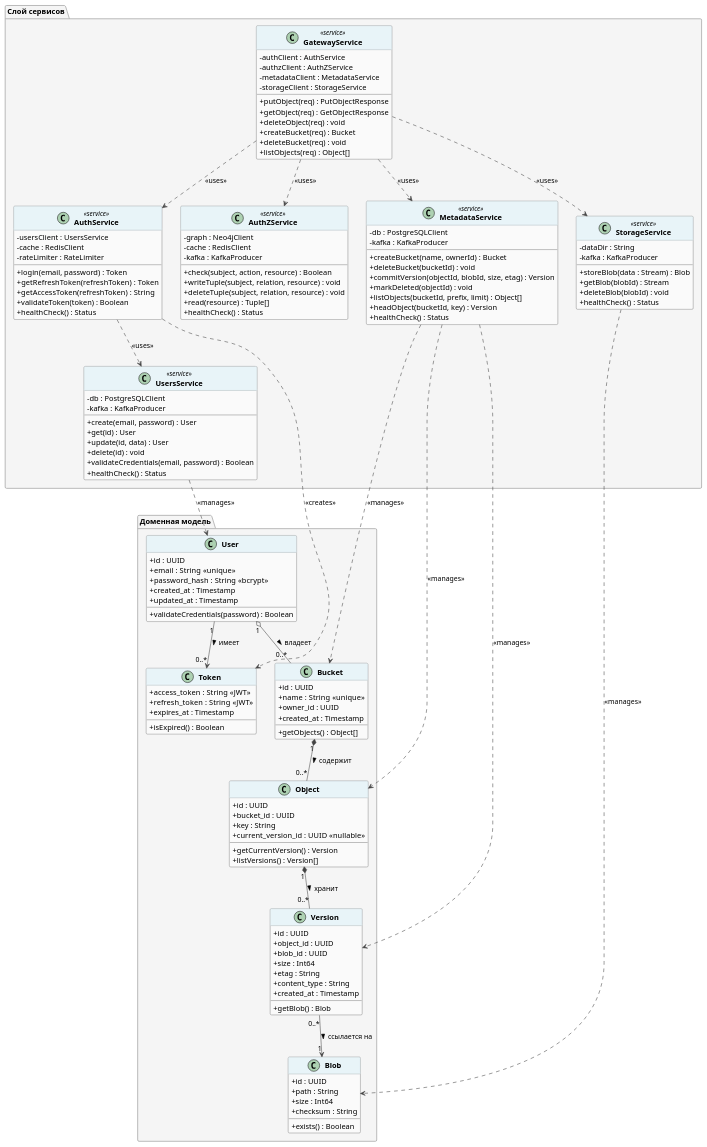
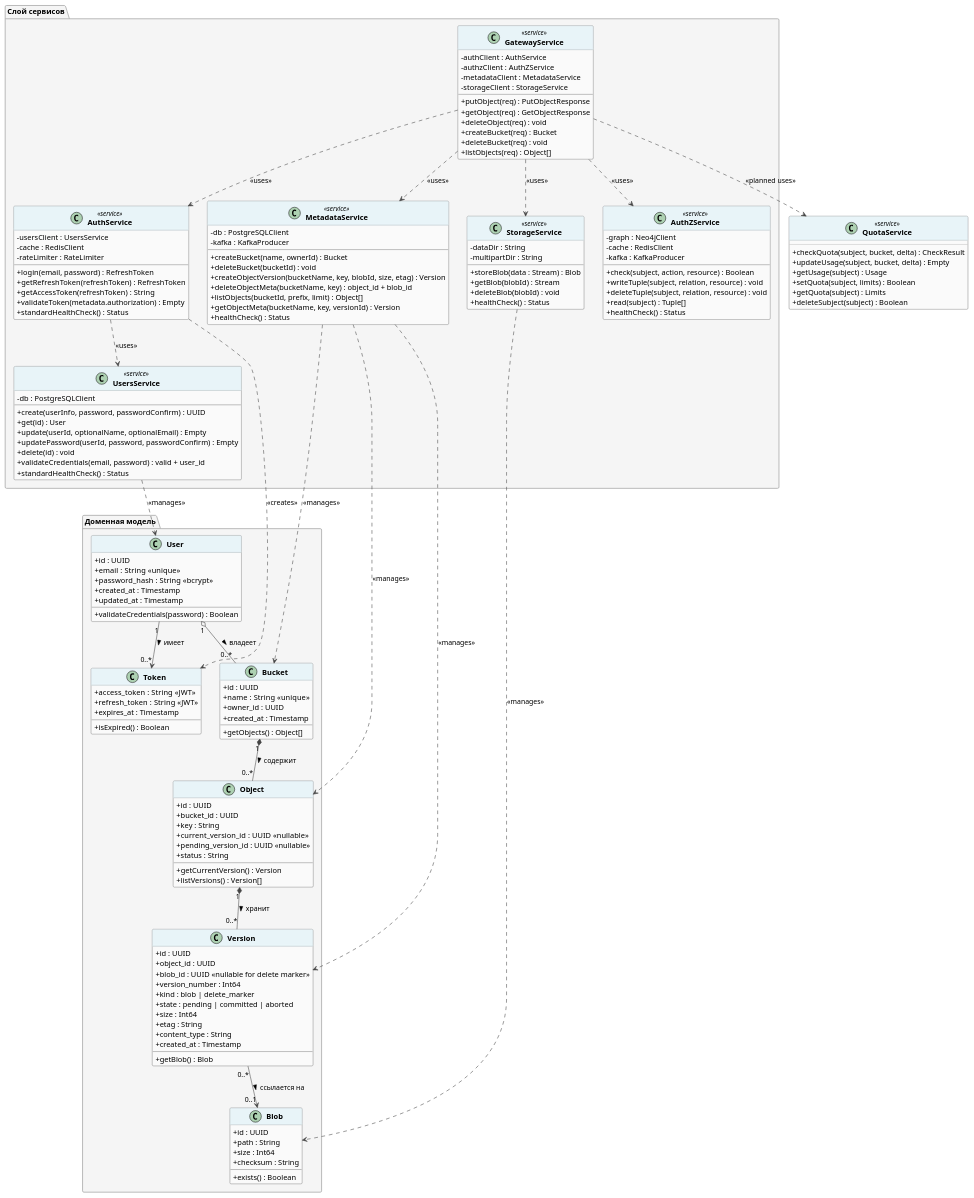
The diagram in docs/class_diagram.md (alesplll/opens3-rebac), drawn with PlantUML before and after one commit. The commit also changed other lines of this file and 21 other files, not shown here.

Commit message:
docs: restore service documentation and validate audit fixes

````diff
--- a/docs/class_diagram.md
+++ b/docs/class_diagram.md
@@ -4,3 +9,4 @@
+```plantuml
 @startuml ClassDiagram_opens3
 
 skinparam classAttributeIconSize 0
@@ -50,6 +56,8 @@
     + bucket_id : UUID
     + key : String
     + current_version_id : UUID  <<nullable>>
+    + pending_version_id : UUID <<nullable>>
+    + status : String
     --
     + getCurrentVersion() : Version
     + listVersions() : Version[]
@@ -58,7 +66,10 @@
   class Version {
     + id : UUID
     + object_id : UUID
-    + blob_id : UUID
+    + blob_id : UUID <<nullable for delete marker>>
+    + version_number : Int64
+    + kind : blob | delete_marker
+    + state : pending | committed | aborted
     + size : Int64
     + etag : String
     + content_type : String
@@ -103,23 +114,23 @@
     - cache : RedisClient
     - rateLimiter : RateLimiter
     --
-    + login(email, password) : Token
-    + getRefreshToken(refreshToken) : Token
+    + login(email, password) : RefreshToken
+    + getRefreshToken(refreshToken) : RefreshToken
     + getAccessToken(refreshToken) : String
-    + validateToken(token) : Boolean
-    + healthCheck() : Status
+    + validateToken(metadata.authorization) : Empty
+    + standardHealthCheck() : Status
   }
 
   class UsersService <<service>> {
     - db : PostgreSQLClient
-    - kafka : KafkaProducer
     --
-    + create(email, password) : User
+    + create(userInfo, password, passwordConfirm) : UUID
     + get(id) : User
-    + update(id, data) : User
+    + update(userId, optionalName, optionalEmail) : Empty
+    + updatePassword(userId, password, passwordConfirm) : Empty
     + delete(id) : void
-    + validateCredentials(email, password) : Boolean
-    + healthCheck() : Status
+    + validateCredentials(email, password) : valid + user_id
+    + standardHealthCheck() : Status
   }
 
   class AuthZService <<service>> {
@@ -130,7 +141,7 @@
     + check(subject, action, resource) : Boolean
     + writeTuple(subject, relation, resource) : void
     + deleteTuple(subject, relation, resource) : void
-    + read(resource) : Tuple[]
+    + read(subject) : Tuple[]
     + healthCheck() : Status
   }
 
@@ -140,16 +151,16 @@
     --
     + createBucket(name, ownerId) : Bucket
     + deleteBucket(bucketId) : void
-    + commitVersion(objectId, blobId, size, etag) : Version
-    + markDeleted(objectId) : void
+    + createObjectVersion(bucketName, key, blobId, size, etag) : Version
+    + deleteObjectMeta(bucketName, key) : object_id + blob_id
     + listObjects(bucketId, prefix, limit) : Object[]
-    + headObject(bucketId, key) : Version
+    + getObjectMeta(bucketName, key, versionId) : Version
     + healthCheck() : Status
   }
 
   class StorageService <<service>> {
     - dataDir : String
-    - kafka : KafkaProducer
+    - multipartDir : String
     --
     + storeBlob(data : Stream) : Blob
     + getBlob(blobId) : Stream
@@ -173,7 +184,7 @@
 Object "1" *-- "0..*" Version : хранит >
 
 ' Ассоциация: Version ссылается на Blob (Blob живёт в Storage независимо)
-Version "0..*" --> "1" Blob : ссылается на >
+Version "0..*" --> "0..1" Blob : ссылается на >
 
 ' Зависимость: login порождает Token
 AuthService ..> Token : <<creates>>
@@ -190,9 +201,19 @@
 GatewayService ..> AuthZService   : <<uses>>
 GatewayService ..> MetadataService : <<uses>>
 GatewayService ..> StorageService  : <<uses>>
+GatewayService ..> QuotaService : <<planned uses>>
 
 ' Auth зависит от Users для проверки credentials
 AuthService ..> UsersService : <<uses>>
+
+class QuotaService <<service>> {
+  + checkQuota(subject, bucket, delta) : CheckResult
+  + updateUsage(subject, bucket, delta) : Empty
+  + getUsage(subject) : Usage
+  + setQuota(subject, limits) : Boolean
+  + getQuota(subject) : Limits
+  + deleteSubject(subject) : Boolean
+}
 
 ' Сервисы управляют своими доменными классами
 UsersService ..> User    : <<manages>>
@@ -202,3 +223,4 @@
 StorageService ..> Blob     : <<manages>>
 
 @enduml
+```
````
